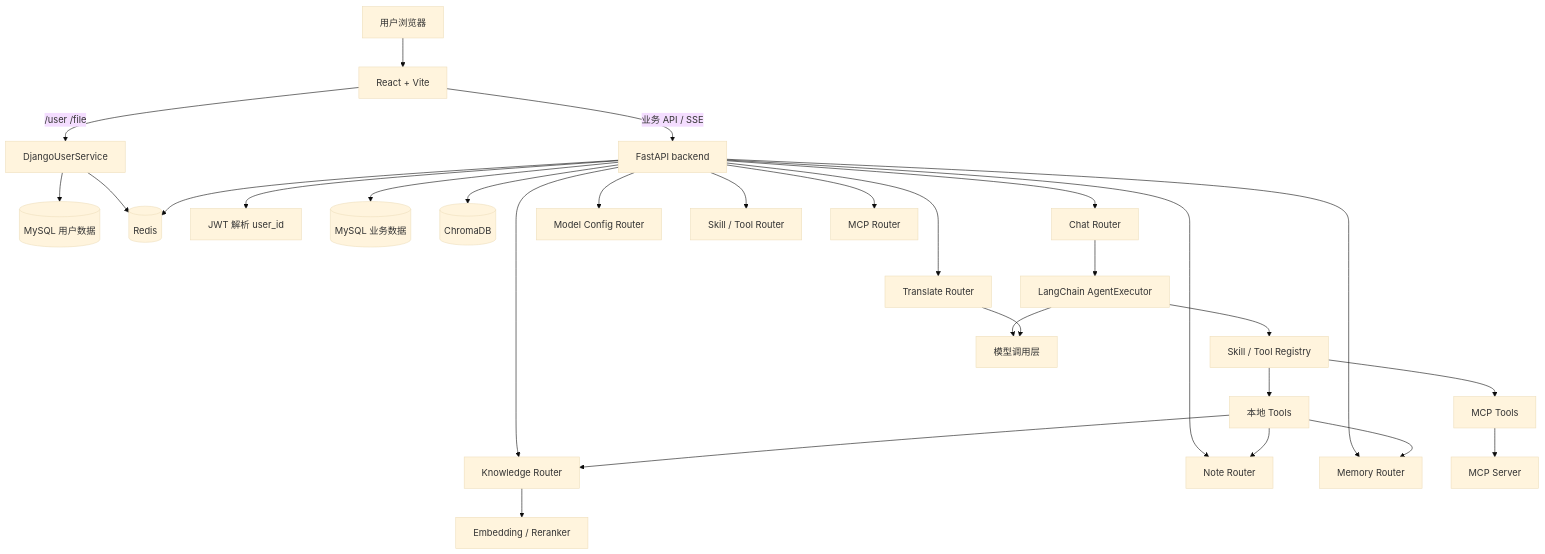
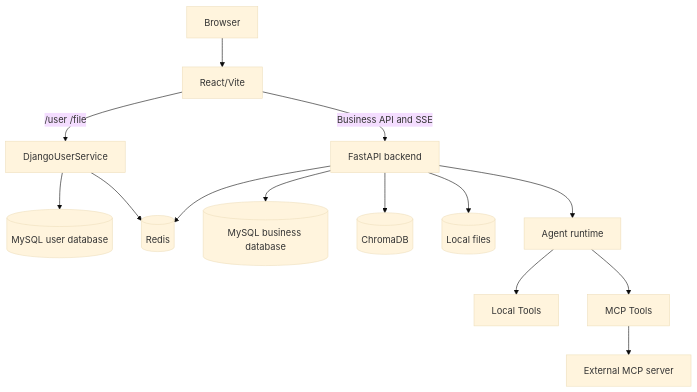
One commit to STliuEN/Doki-Assistant changed the diagram in docs/project_develop.md. Above: the diagram before and after it, drawn with Mermaid (base theme). The commit also changed other lines of this file and 15 other files, not shown here.

````diff
--- a/docs/project_develop.md
+++ b/docs/project_develop.md
@@ -30,37 +9,19 @@
 ```mermaid
 flowchart TD
-  U[用户浏览器] --> F[React + Vite]
-  F -->|/user /file| D[DjangoUserService]
-  F -->|业务 API / SSE| B[FastAPI backend]
+  Browser[Browser] --> Front[React/Vite]
+  Front -->|/user /file| Django[DjangoUserService]
+  Front -->|Business API and SSE| API[FastAPI backend]
 
-  D --> UserDB[(MySQL 用户数据)]
-  D --> Redis[(Redis)]
+  Django --> UserDB[(MySQL user database)]
+  Django --> Redis[(Redis)]
 
-  B --> Auth[JWT 解析 user_id]
-  B --> AppDB[(MySQL 业务数据)]
-  B --> Redis
-  B --> Chroma[(ChromaDB)]
+  API --> BusinessDB[(MySQL business database)]
+  API --> Redis
+  API --> Chroma[(ChromaDB)]
+  API --> Files[(Local files)]
 
-  B --> Chat[Chat Router]
-  B --> Knowledge[Knowledge Router]
-  B --> Note[Note Router]
-  B --> Memory[Memory Router]
-  B --> ModelConfig[Model Config Router]
-  B --> Translate[Translate Router]
-  B --> SkillTool[Skill / Tool Router]
-  B --> MCP[MCP Router]
-
-  Chat --> Agent[LangChain AgentExecutor]
-  Agent --> Registry[Skill / Tool Registry]
-  Registry --> LocalTools[本地 Tools]
-  Registry --> MCPTools[MCP Tools]
-
-  LocalTools --> Knowledge
-  LocalTools --> Note
-  LocalTools --> Memory
-  MCPTools --> External[MCP Server]
-
-  Agent --> ModelLayer[模型调用层]
-  Translate --> ModelLayer
-  Knowledge --> Embedding[Embedding / Reranker]
+  API --> Runtime[Agent runtime]
+  Runtime --> Local[Local Tools]
+  Runtime --> MCP[MCP Tools]
+  MCP --> External[External MCP server]
 ```
````
